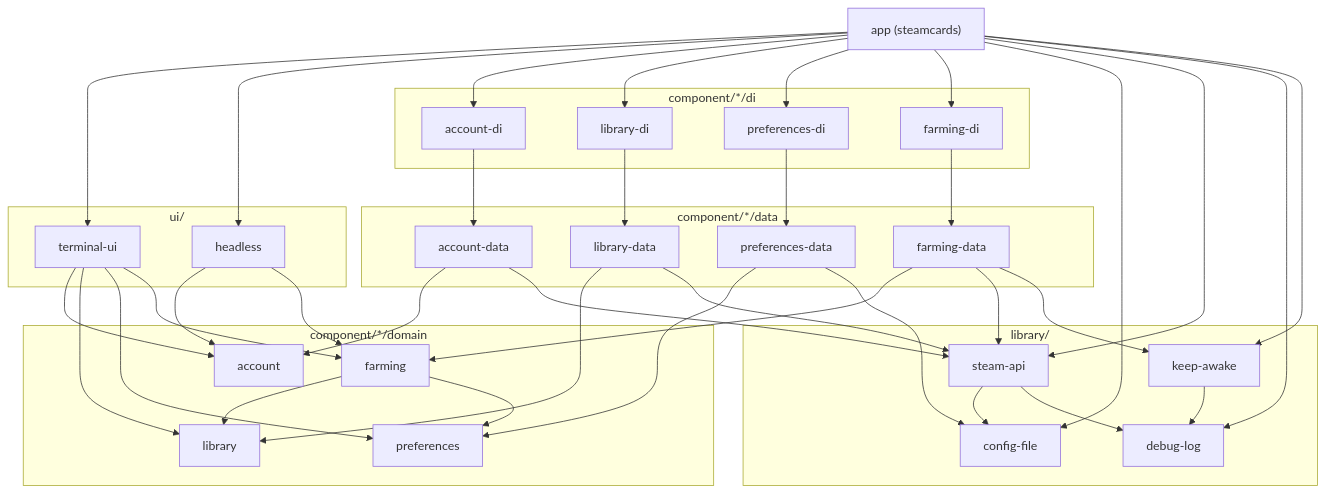
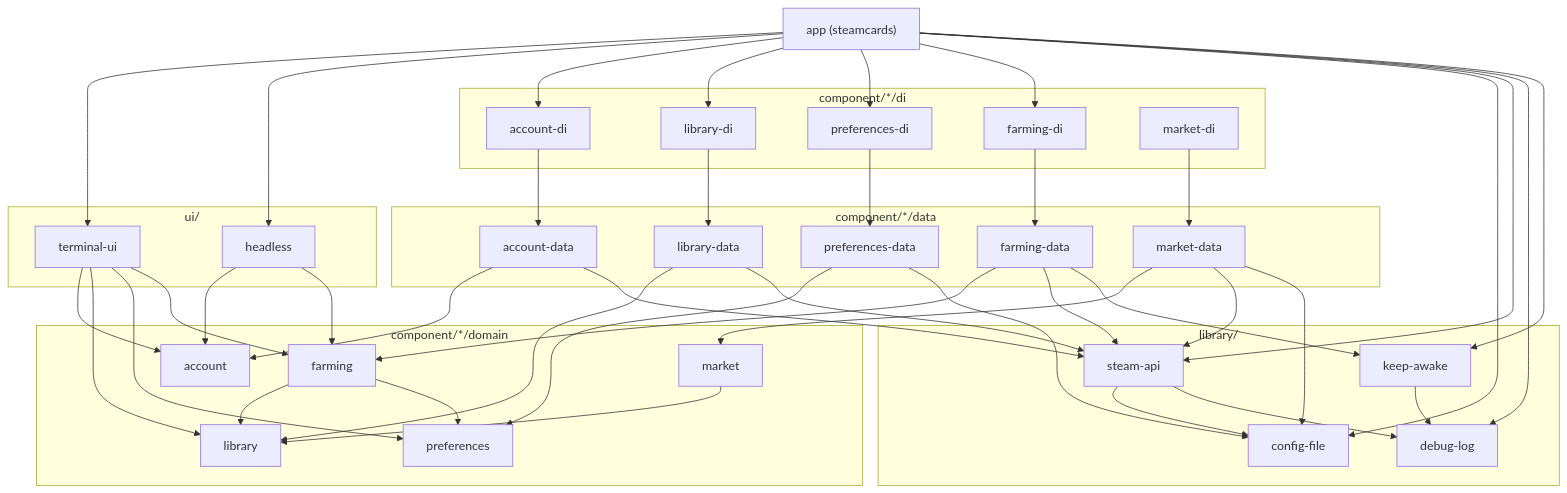
The diagram in docs/architecture.md (joshgallantt/steamcards), drawn with Mermaid before and after one commit. The commit also changed other lines of this file and 34 other files, not shown here.

````diff
--- a/docs/architecture.md
+++ b/docs/architecture.md
@@ -214,52 +278,58 @@
 ```mermaid
 graph TD
     APP["app (steamcards)"]
 
     subgraph UI["ui/"]
         TUI[terminal-ui]
         HL[headless]
     end
 
     subgraph DI["component/*/di"]
         ADI[account-di]
         LDI[library-di]
         PDI[preferences-di]
         FDI[farming-di]
+        MDI[market-di]
     end
 
     subgraph DATA["component/*/data"]
         AD[account-data]
         LD[library-data]
         PD[preferences-data]
         FD[farming-data]
+        MD[market-data]
     end
 
     subgraph DOMAIN["component/*/domain"]
         ACC[account]
         LIB[library]
         PREF[preferences]
         FARM[farming]
+        MKT[market]
     end
 
     subgraph LIBS["library/"]
         SA[steam-api]
         CF[config-file]
         DL[debug-log]
         KA[keep-awake]
     end
 
     APP --> TUI & HL & ADI & LDI & PDI & FDI & CF & SA & DL & KA
     TUI --> ACC & LIB & PREF & FARM
     HL --> ACC & FARM
     ADI --> AD
     LDI --> LD
     PDI --> PD
     FDI --> FD
+    MDI --> MD
     AD --> ACC & SA
     LD --> LIB & SA
     PD --> PREF & CF
     FD --> FARM & SA & KA
+    MD --> MKT & SA & CF
     FARM --> LIB & PREF
+    MKT --> LIB
     SA --> CF & DL
     KA --> DL
 ```
````
